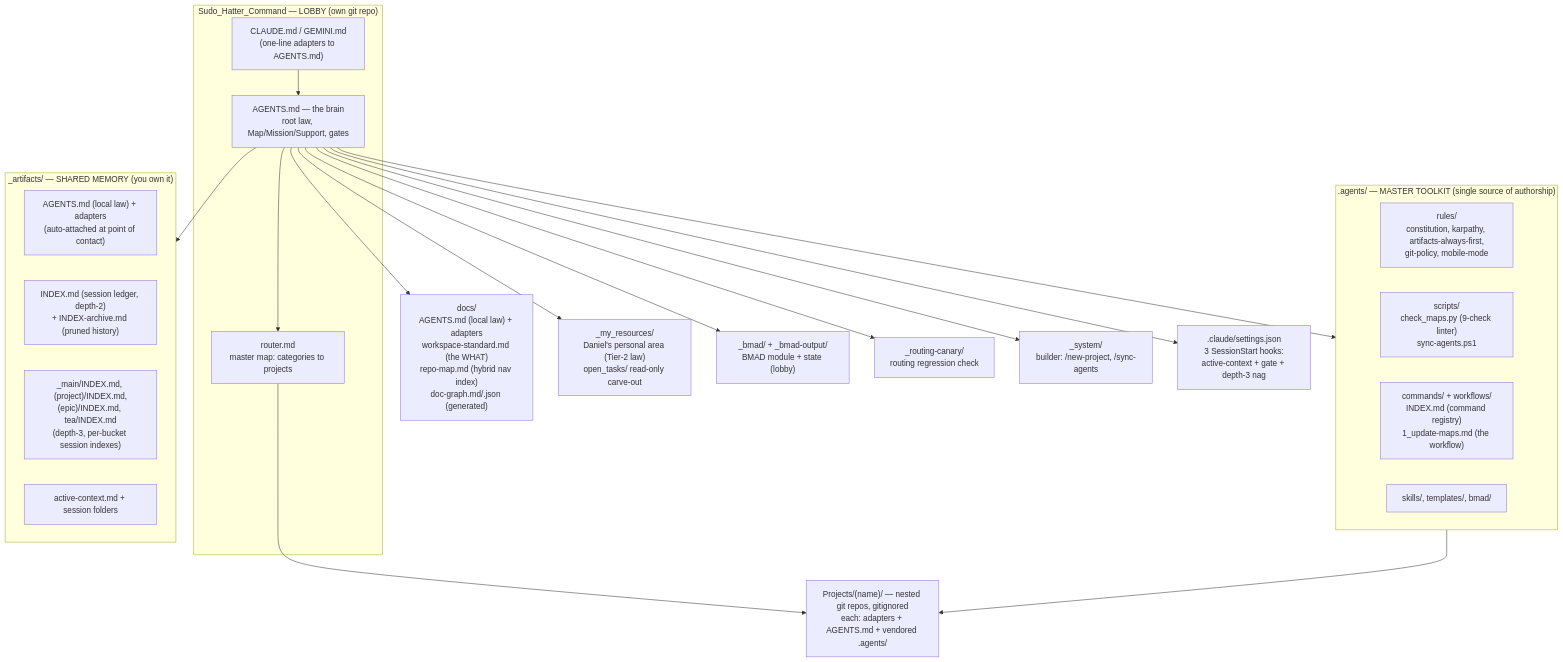
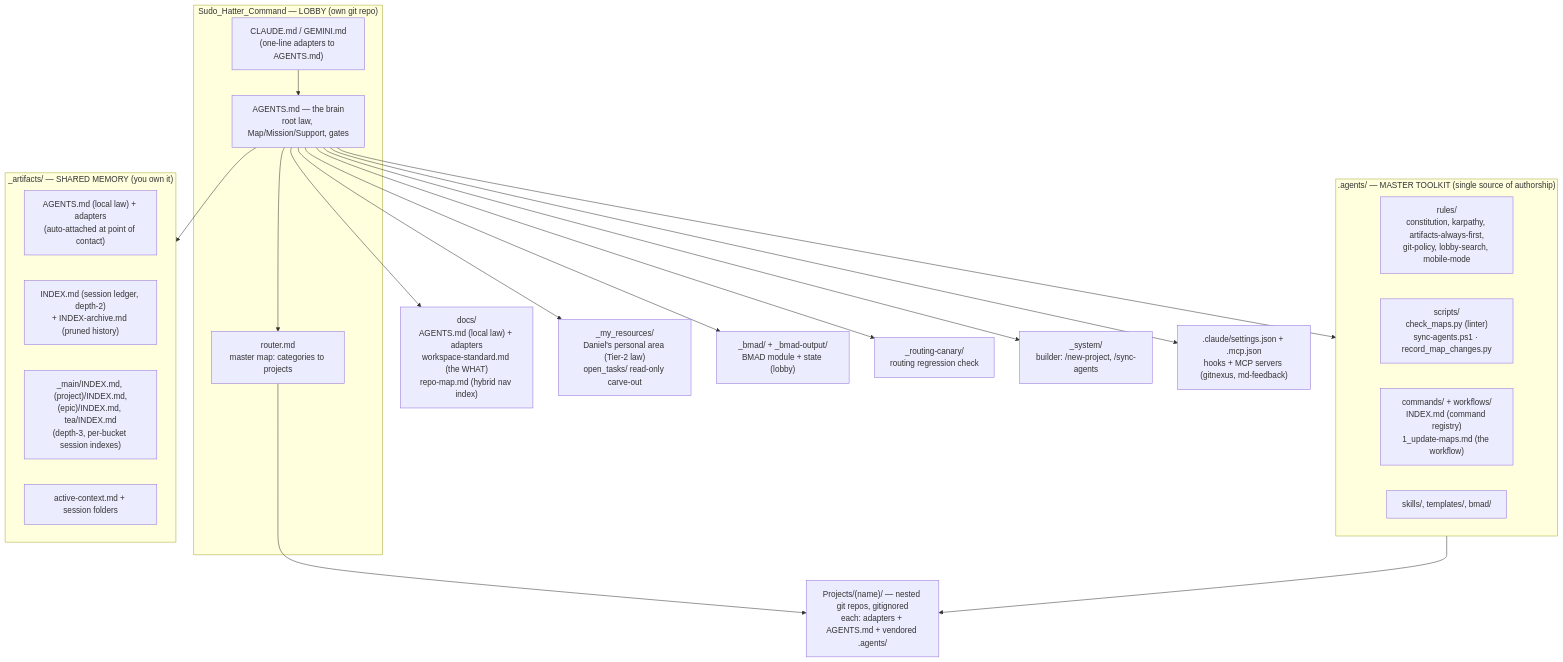
Before and after one commit to sudomadhatter/Sudo_Hatter_Command: the first of 6 diagrams in _my_resources/diagrams_guides/system/file_folder_structure+maintaining.md, drawn with Mermaid. The commit also changed other lines of this file and 28 other files, not shown here.

````diff
--- a/_my_resources/diagrams_guides/system/file_folder_structure+maintaining.md
+++ b/_my_resources/diagrams_guides/system/file_folder_structure+maintaining.md
@@ -11,43 +30,43 @@
 ```mermaid
 flowchart TD
     subgraph LOBBY ["Sudo_Hatter_Command — LOBBY (own git repo)"]
         ADP["CLAUDE.md / GEMINI.md\n(one-line adapters to AGENTS.md)"]
         BRAIN["AGENTS.md — the brain\nroot law, Map/Mission/Support, gates"]
         ROUTER["router.md\nmaster map: categories to projects"]
         ADP --> BRAIN
         BRAIN --> ROUTER
     end
 
     subgraph TOOLKIT [".agents/ — MASTER TOOLKIT (single source of authorship)"]
-        RULES["rules/\nconstitution, karpathy, artifacts-always-first,\ngit-policy, mobile-mode"]
-        SCRIPTS["scripts/\ncheck_maps.py (9-check linter)\nsync-agents.ps1"]
+        RULES["rules/\nconstitution, karpathy, artifacts-always-first,\ngit-policy, lobby-search, mobile-mode"]
+        SCRIPTS["scripts/\ncheck_maps.py (linter)\nsync-agents.ps1 · record_map_changes.py"]
         CMDS["commands/ + workflows/\nINDEX.md (command registry)\n1_update-maps.md (the workflow)"]
         OTHER["skills/, templates/, bmad/"]
     end
 
     subgraph MEM ["_artifacts/ — SHARED MEMORY (you own it)"]
         LAW["AGENTS.md (local law) + adapters\n(auto-attached at point of contact)"]
         INDEX["INDEX.md (session ledger, depth-2)\n+ INDEX-archive.md (pruned history)"]
         DEPTH3["_main/INDEX.md, (project)/INDEX.md,\n(epic)/INDEX.md, tea/INDEX.md\n(depth-3, per-bucket session indexes)"]
         STORE["active-context.md + session folders"]
     end
 
-    DOCS["docs/\nAGENTS.md (local law) + adapters\nworkspace-standard.md (the WHAT)\nrepo-map.md (hybrid nav index)\ndoc-graph.md/.json (generated)"]
+    DOCS["docs/\nAGENTS.md (local law) + adapters\nworkspace-standard.md (the WHAT)\nrepo-map.md (hybrid nav index)"]
     MYRES["_my_resources/\nDaniel's personal area (Tier-2 law)\nopen_tasks/ read-only carve-out"]
     BMADL["_bmad/ + _bmad-output/\nBMAD module + state (lobby)"]
     CANARY["_routing-canary/\nrouting regression check"]
     SYS["_system/\nbuilder: /new-project, /sync-agents"]
-    SETTINGS[".claude/settings.json\n3 SessionStart hooks:\nactive-context + gate + depth-3 nag"]
+    SETTINGS[".claude/settings.json + .mcp.json\nhooks + MCP servers (gitnexus, md-feedback)"]
     PROJ["Projects/(name)/ — nested git repos, gitignored\neach: adapters + AGENTS.md + vendored .agents/"]
 
     BRAIN --> TOOLKIT
     BRAIN --> MEM
     BRAIN --> DOCS
     BRAIN --> MYRES
     BRAIN --> BMADL
     BRAIN --> CANARY
     BRAIN --> SYS
     BRAIN --> SETTINGS
     ROUTER --> PROJ
     TOOLKIT --> PROJ
 ```
````
